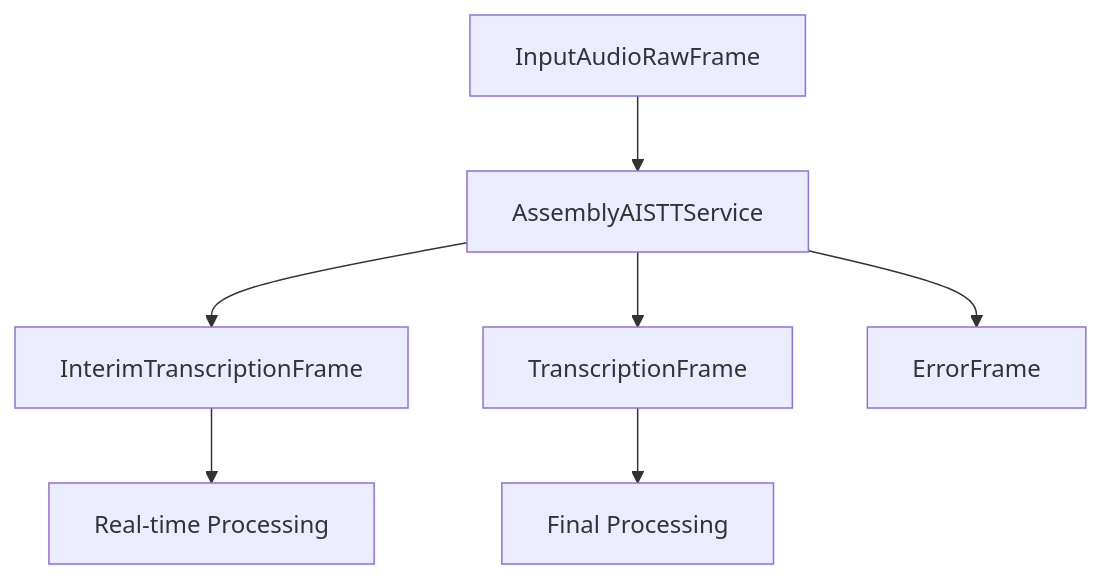
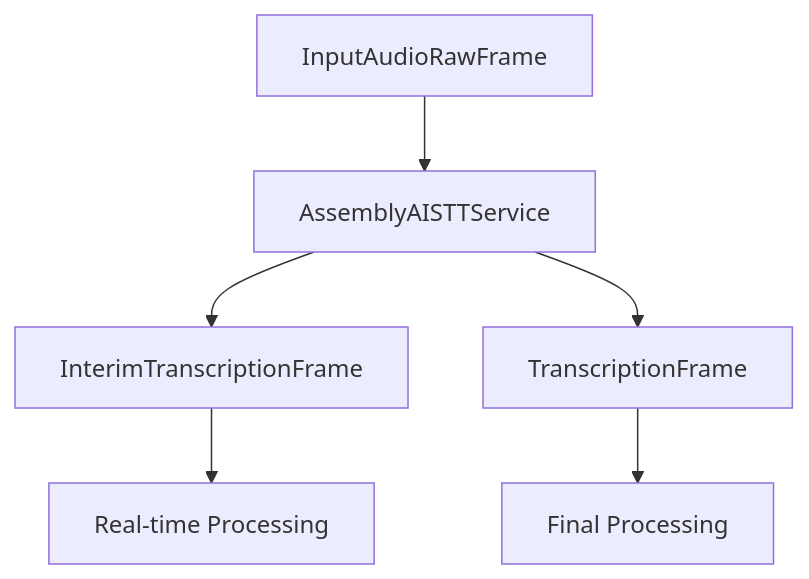
One commit to pipecat-ai/docs changed the diagram in server/services/stt/assemblyai.mdx. Above: the diagram before and after it, drawn with Mermaid. The commit also changed other lines of this file, not shown here.

````diff
--- a/server/services/stt/assemblyai.mdx
+++ b/server/services/stt/assemblyai.mdx
@@ -128,9 +142,8 @@
 ```mermaid
 graph TD
     A[InputAudioRawFrame] --> B[AssemblyAISTTService]
     B --> C[InterimTranscriptionFrame]
     B --> D[TranscriptionFrame]
-    B --> E[ErrorFrame]
     C --> F[Real-time Processing]
     D --> G[Final Processing]
 ```
````
